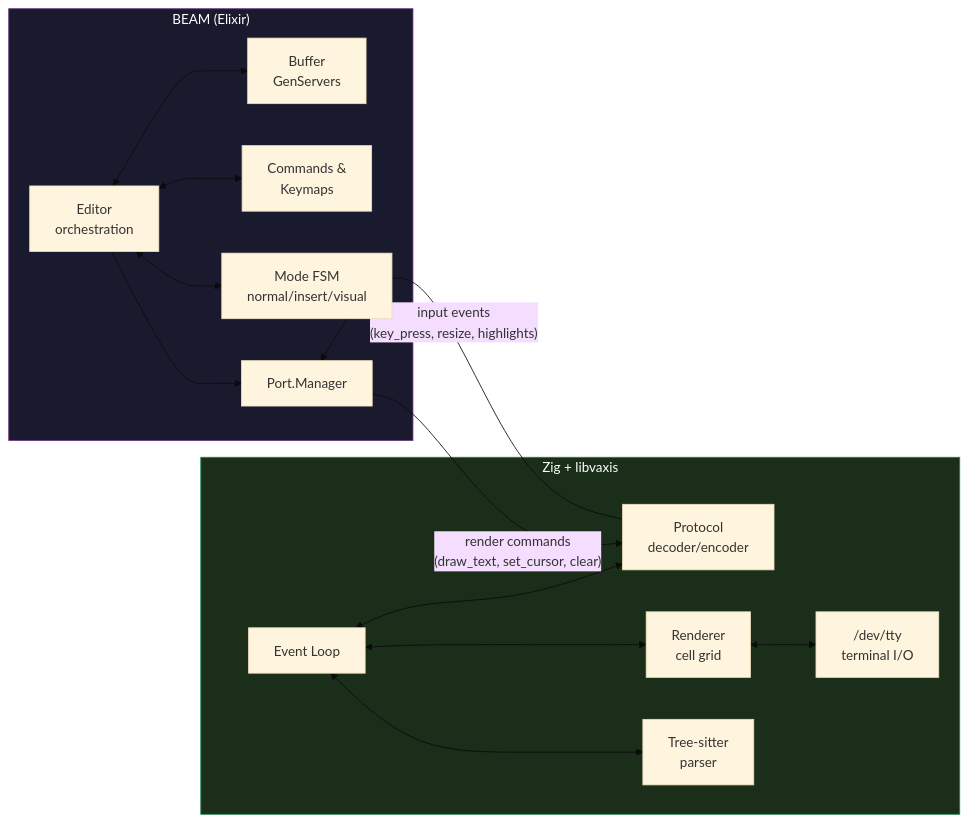
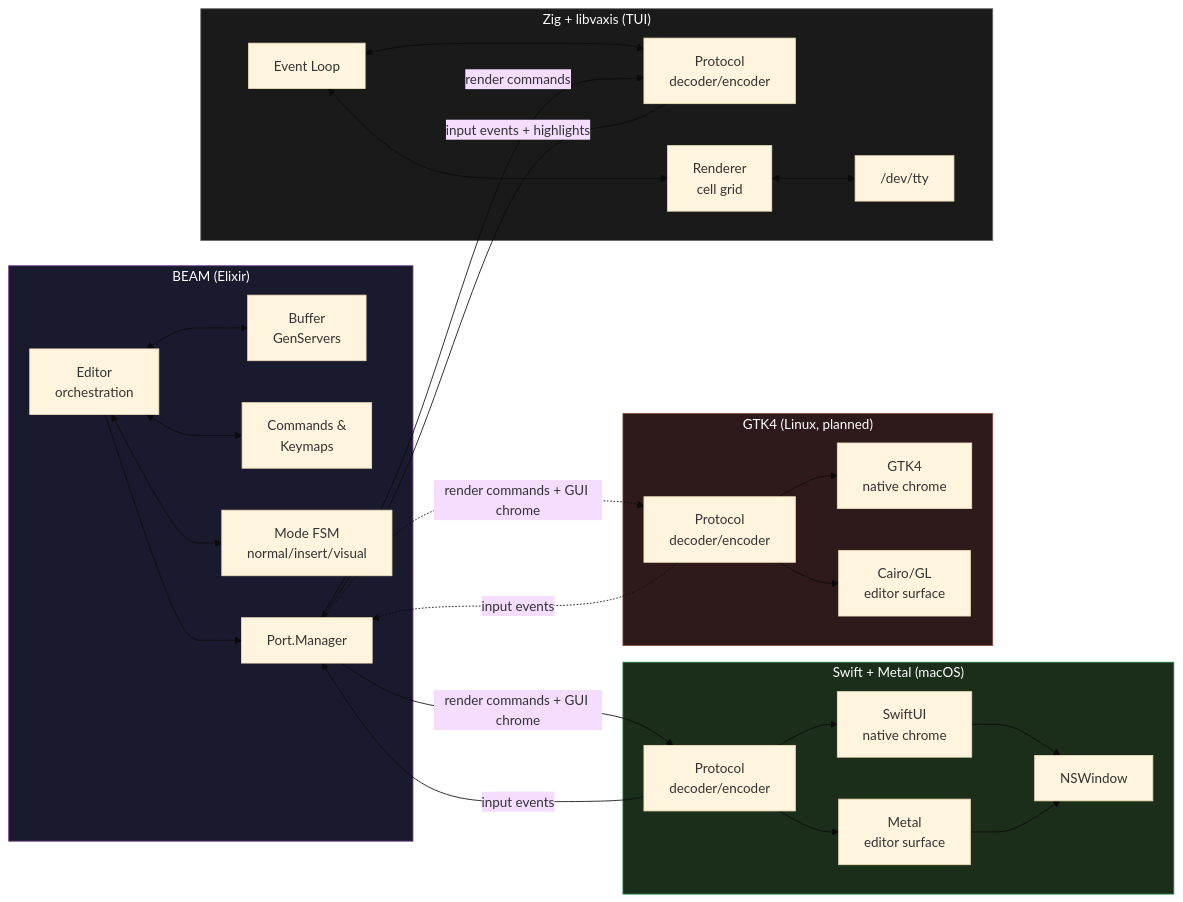
The first of 10 diagrams in docs/ARCHITECTURE.md (jsmestad/minga), drawn with Mermaid (base theme) before and after one commit. The commit also changed other lines of this file and 4 other files, not shown here.

First line of the commit message:
docs: update architecture and agent docs for GUI-first strategy

````diff
--- a/docs/ARCHITECTURE.md
+++ b/docs/ARCHITECTURE.md
@@ -13,34 +13,61 @@
 ```mermaid
 graph LR
     subgraph BEAM["BEAM (Elixir)"]
         ED2["Editor<br/>orchestration"]
         BUF["Buffer<br/>GenServers"]
         CMD["Commands &<br/>Keymaps"]
         MODE["Mode FSM<br/>normal/insert/visual"]
         PORT["Port.Manager"]
 
         ED2 <--> BUF
         ED2 <--> CMD
         ED2 <--> MODE
         ED2 --> PORT
     end
 
-    subgraph ZIG["Zig + libvaxis"]
+    subgraph SWIFT["Swift + Metal (macOS)"]
+        SW_PROTO["Protocol<br/>decoder/encoder"]
+        SW_CHROME["SwiftUI<br/>native chrome"]
+        SW_RENDER["Metal<br/>editor surface"]
+        SW_WIN["NSWindow"]
+
+        SW_PROTO --> SW_CHROME
+        SW_PROTO --> SW_RENDER
+        SW_CHROME --> SW_WIN
+        SW_RENDER --> SW_WIN
+    end
+
+    subgraph GTK["GTK4 (Linux, planned)"]
+        GTK_PROTO["Protocol<br/>decoder/encoder"]
+        GTK_CHROME["GTK4<br/>native chrome"]
+        GTK_RENDER["Cairo/GL<br/>editor surface"]
+
+        GTK_PROTO --> GTK_CHROME
+        GTK_PROTO --> GTK_RENDER
+    end
+
+    subgraph ZIG["Zig + libvaxis (TUI)"]
         EVLOOP["Event Loop"]
-        PROTO["Protocol<br/>decoder/encoder"]
+        ZIG_PROTO["Protocol<br/>decoder/encoder"]
         RENDER["Renderer<br/>cell grid"]
-        TS["Tree-sitter<br/>parser"]
-        TTY["/dev/tty<br/>terminal I/O"]
+        TTY["/dev/tty"]
 
-        EVLOOP <--> PROTO
+        EVLOOP <--> ZIG_PROTO
         EVLOOP <--> RENDER
-        EVLOOP <--> TS
         RENDER <--> TTY
     end
 
-    PORT -- "render commands<br/>(draw_text, set_cursor, clear)" --> PROTO
-    PROTO -- "input events<br/>(key_press, resize, highlights)" --> PORT
+    PORT -- "render commands + GUI chrome" --> SW_PROTO
+    SW_PROTO -- "input events" --> PORT
+
+    PORT -. "render commands + GUI chrome" .-> GTK_PROTO
+    GTK_PROTO -. "input events" .-> PORT
+
+    PORT -- "render commands" --> ZIG_PROTO
+    ZIG_PROTO -- "input events + highlights" --> PORT
 
     style BEAM fill:#1a1a2e,stroke:#6c3483,color:#fff
-    style ZIG fill:#1a2e1a,stroke:#1e8449,color:#fff
+    style SWIFT fill:#1a2e1a,stroke:#1e8449,color:#fff
+    style GTK fill:#2e1a1a,stroke:#844935,color:#fff
+    style ZIG fill:#1a1a1a,stroke:#666666,color:#fff
 ```
````
